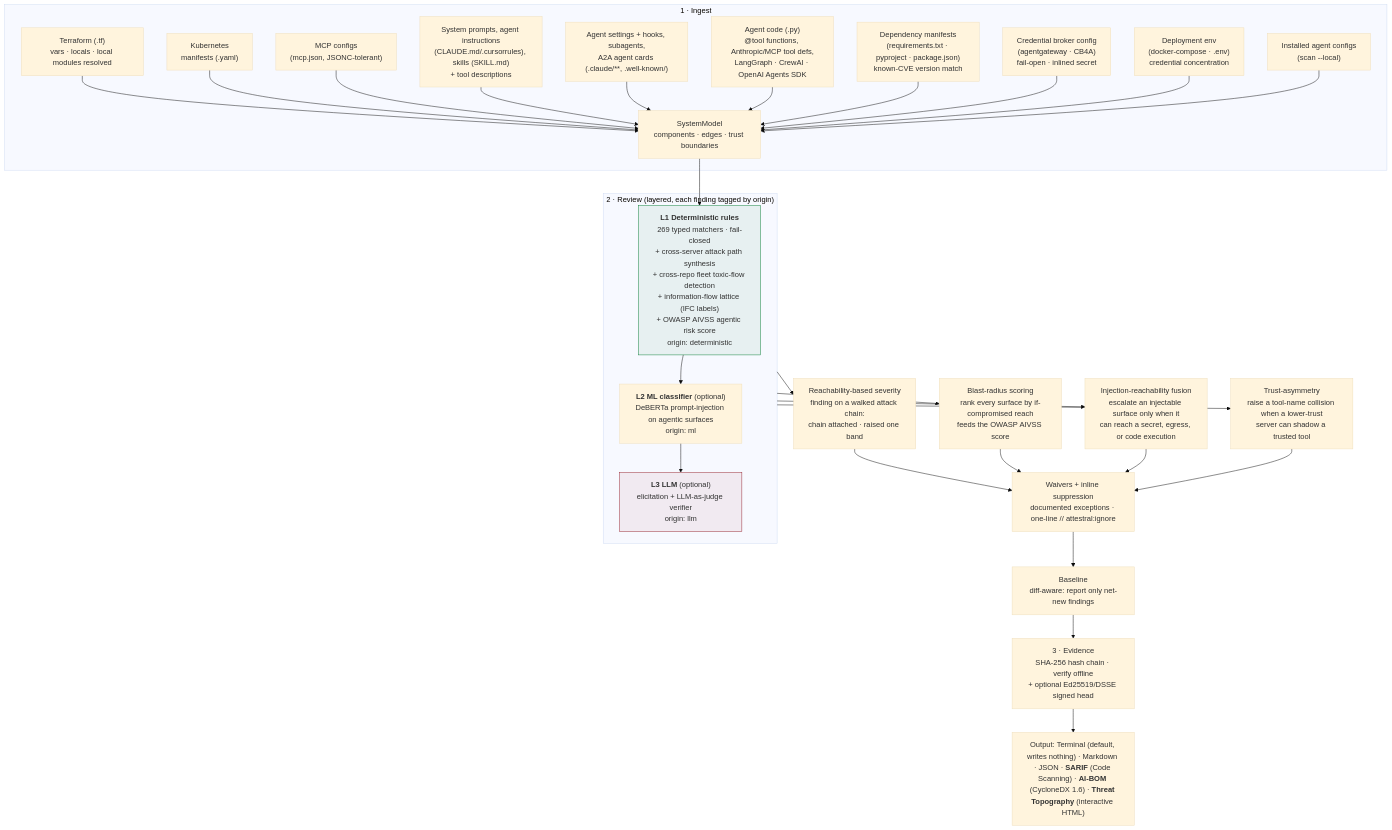
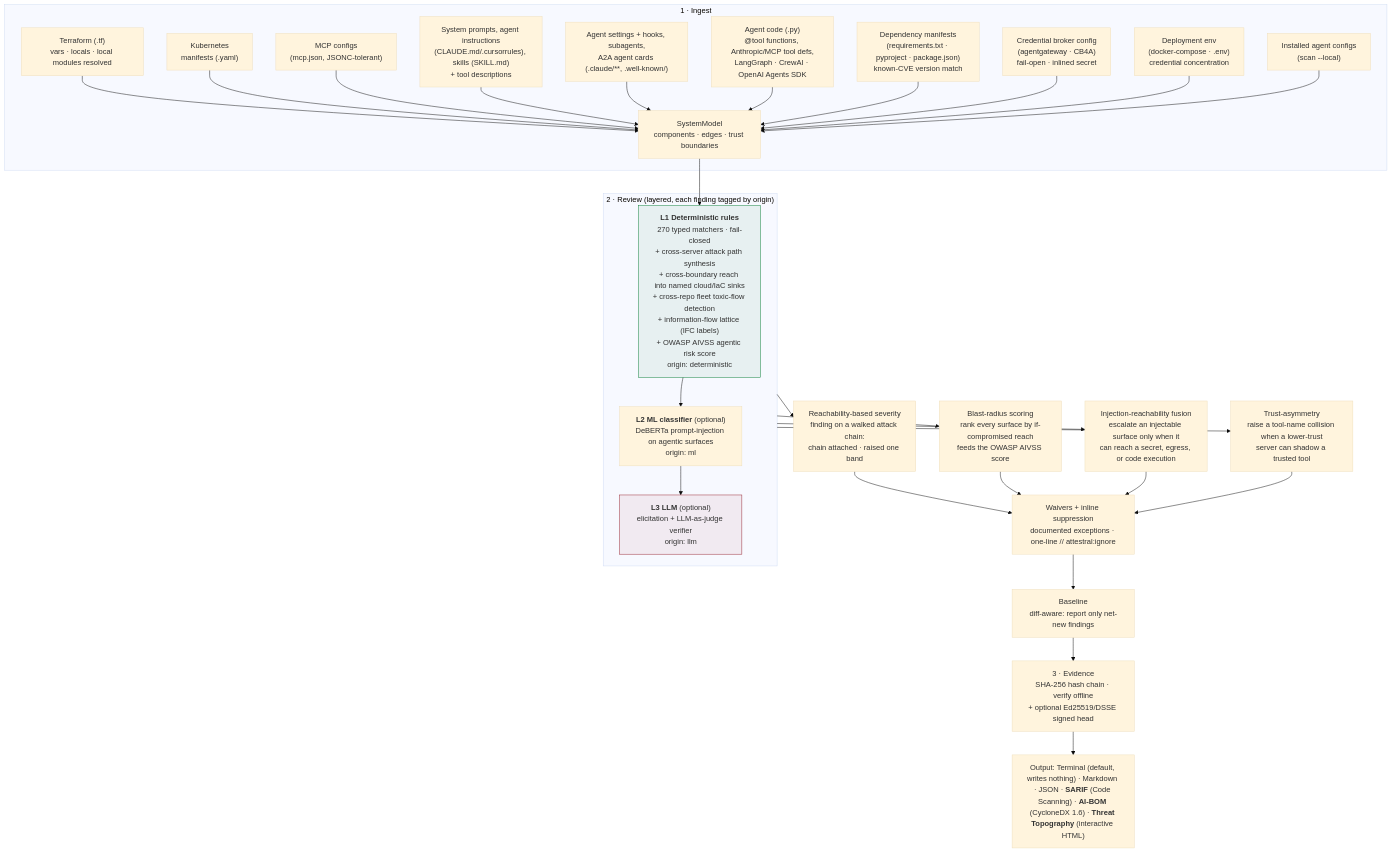
One commit to attestral-labs/attestral changed the first of 5 diagrams in README.md. Above: the diagram before and after it, drawn with Mermaid (base theme). The commit also changed other lines of this file and 19 other files, not shown here.

````diff
--- a/README.md
+++ b/README.md
@@ -124,36 +124,36 @@
 ```mermaid
 flowchart TB
     subgraph ING["1 · Ingest"]
         TF["Terraform (.tf)<br/>vars · locals · local modules resolved"] --> M
         K8S["Kubernetes<br/>manifests (.yaml)"] --> M
         MCP["MCP configs<br/>(mcp.json, JSONC-tolerant)"] --> M
         SP["System prompts, agent instructions<br/>(CLAUDE.md/.cursorrules), skills (SKILL.md)<br/>+ tool descriptions"] --> M
         AC["Agent settings + hooks, subagents,<br/>A2A agent cards (.claude/**, .well-known/)"] --> M
         CODE["Agent code (.py)<br/>@tool functions, Anthropic/MCP tool defs,<br/>LangGraph · CrewAI · OpenAI Agents SDK"] --> M
         DEP["Dependency manifests<br/>(requirements.txt · pyproject · package.json)<br/>known-CVE version match"] --> M
         GW["Credential broker config<br/>(agentgateway · CB4A)<br/>fail-open · inlined secret"] --> M
         DENV["Deployment env<br/>(docker-compose · .env)<br/>credential concentration"] --> M
         LC["Installed agent configs<br/>(scan --local)"] --> M
         M["SystemModel<br/>components · edges · trust boundaries"]
     end
     M --> L1
     subgraph REV["2 · Review (layered, each finding tagged by origin)"]
-        L1["<b>L1 Deterministic rules</b><br/>269 typed matchers · fail-closed<br/>+ cross-server attack path synthesis<br/>+ cross-repo fleet toxic-flow detection<br/>+ information-flow lattice (IFC labels)<br/>+ OWASP AIVSS agentic risk score<br/>origin: deterministic"]
+        L1["<b>L1 Deterministic rules</b><br/>270 typed matchers · fail-closed<br/>+ cross-server attack path synthesis<br/>+ cross-boundary reach into named cloud/IaC sinks<br/>+ cross-repo fleet toxic-flow detection<br/>+ information-flow lattice (IFC labels)<br/>+ OWASP AIVSS agentic risk score<br/>origin: deterministic"]
         L2["<b>L2 ML classifier</b> (optional)<br/>DeBERTa prompt-injection on agentic surfaces<br/>origin: ml"]
         L3["<b>L3 LLM</b> (optional)<br/>elicitation + LLM-as-judge verifier<br/>origin: llm"]
         L1 --> L2 --> L3
     end
     REV --> RS["Reachability-based severity<br/>finding on a walked attack chain:<br/>chain attached · raised one band"]
     REV --> BR["Blast-radius scoring<br/>rank every surface by if-compromised reach<br/>feeds the OWASP AIVSS score"]
     REV --> IR["Injection-reachability fusion<br/>escalate an injectable surface only when it<br/>can reach a secret, egress, or code execution"]
     REV --> TA["Trust-asymmetry<br/>raise a tool-name collision when a lower-trust<br/>server can shadow a trusted tool"]
     RS --> W["Waivers + inline suppression<br/>documented exceptions · one-line // attestral:ignore"]
     BR --> W
     IR --> W
     TA --> W
     W --> BL["Baseline<br/>diff-aware: report only net-new findings"]
     BL --> EV["3 · Evidence<br/>SHA-256 hash chain · verify offline<br/>+ optional Ed25519/DSSE signed head"]
     EV --> OUT["Output: Terminal (default, writes nothing) · Markdown · JSON · <b>SARIF</b> (Code Scanning) · <b>AI-BOM</b> (CycloneDX 1.6) · <b>Threat Topography</b> (interactive HTML)"]
     style L1 fill:#0a7d3611,stroke:#0a7d36
     style L3 fill:#96222E11,stroke:#96222E
 ```
````
